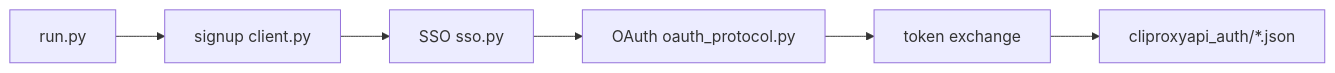
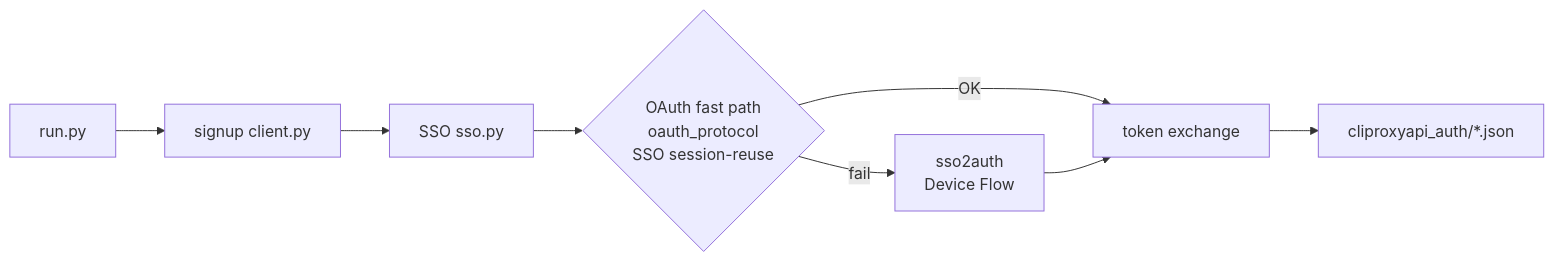
Before and after one commit to starlight02/grok-build-auth: the diagram in README.en.md, drawn with Mermaid. The commit also changed other lines of this file and 7 other files, not shown here.

Commit message:
feat(oauth): fall back to sso2auth device flow after protocol path

````diff
--- a/README.en.md
+++ b/README.en.md
@@ -67,8 +67,10 @@
 ```mermaid
 flowchart LR
     A[run.py] --> B[signup client.py]
     B --> C[SSO sso.py]
-    C --> D[OAuth oauth_protocol.py]
-    D --> E[token exchange]
-    E --> F[cliproxyapi_auth/*.json]
+    C --> D{OAuth fast path<br/>oauth_protocol<br/>SSO session-reuse}
+    D -->|OK| E[token exchange]
+    D -->|fail| F[sso2auth<br/>Device Flow]
+    F --> E
+    E --> G[cliproxyapi_auth/*.json]
 ```
````
